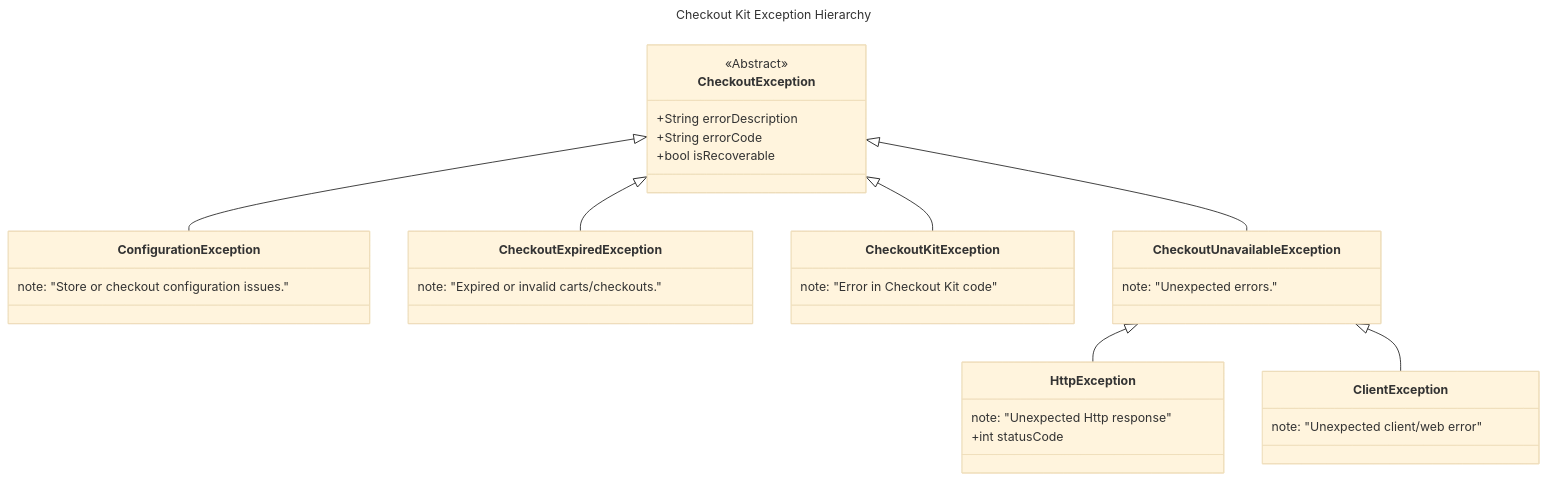
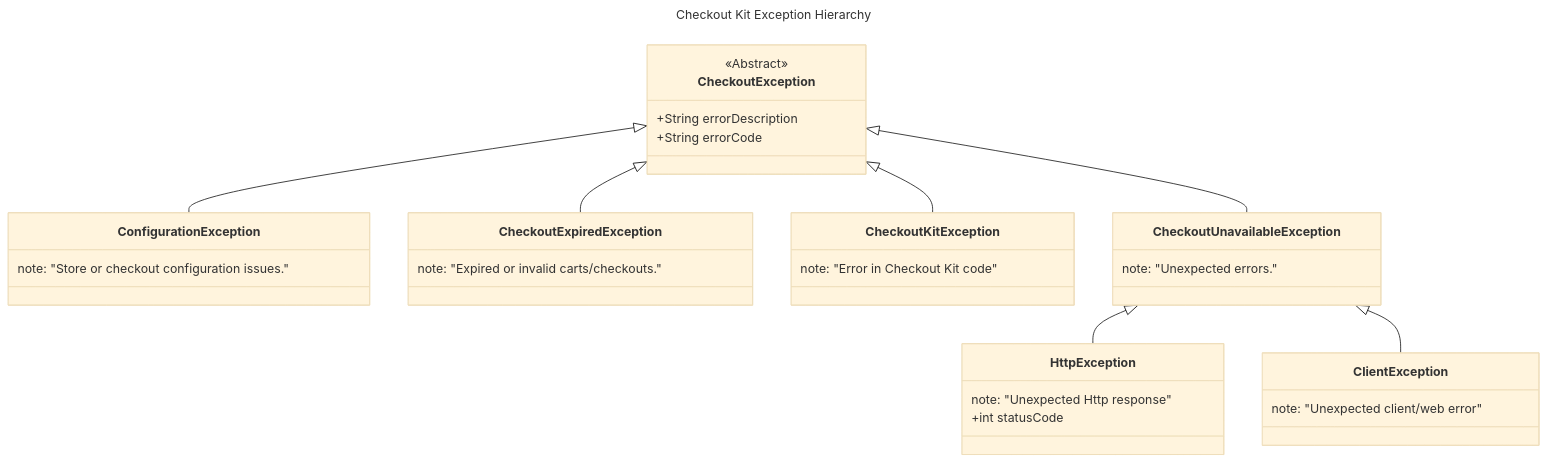
The diagram in platforms/android/README.md (Shopify/checkout-kit), drawn with Mermaid (base theme) before and after one commit. The commit also changed other lines of this file and 17 other files, not shown here.

Commit message:
[Android] Add advanced present builder callbacks and migrate sample flow

````diff
--- a/platforms/android/README.md
+++ b/platforms/android/README.md
@@ -453,37 +359,35 @@
 ```mermaid
 ---
 title: Checkout Kit Exception Hierarchy
 ---
 classDiagram
     CheckoutException <|-- ConfigurationException
     CheckoutException <|-- CheckoutExpiredException
     CheckoutException <|-- CheckoutKitException
     CheckoutException <|-- CheckoutUnavailableException
     CheckoutUnavailableException <|-- HttpException
     CheckoutUnavailableException <|-- ClientException
 
     <<Abstract>> CheckoutException
     CheckoutException : +String errorDescription
     CheckoutException : +String errorCode
-    CheckoutException : +bool isRecoverable
-
     class ConfigurationException{
         note: "Store or checkout configuration issues."
     }
     class CheckoutExpiredException{
         note: "Expired or invalid carts/checkouts."
     }
     class CheckoutUnavailableException{
         note: "Unexpected errors."
     }
     class HttpException{
         note: "Unexpected Http response"
         +int statusCode
     }
     class ClientException{
         note: "Unexpected client/web error"
     }
     class CheckoutKitException{
         note: "Error in Checkout Kit code"
     }
 ```
````
